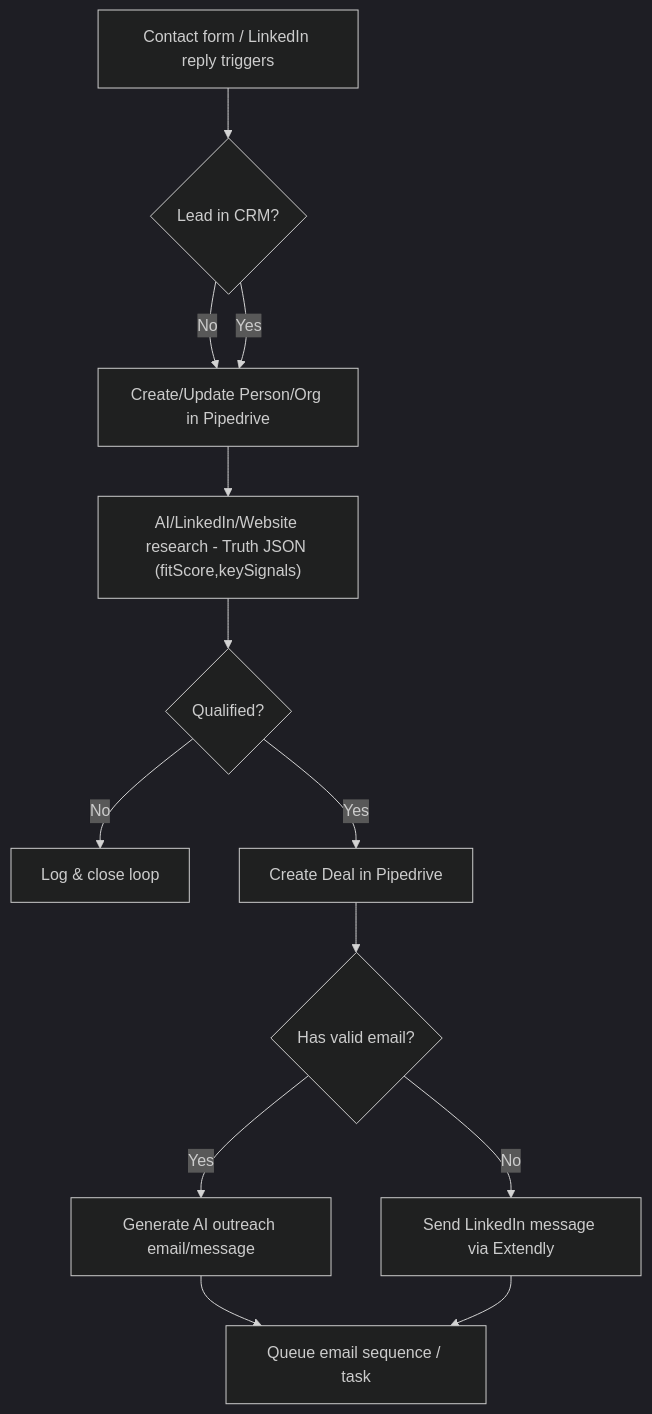
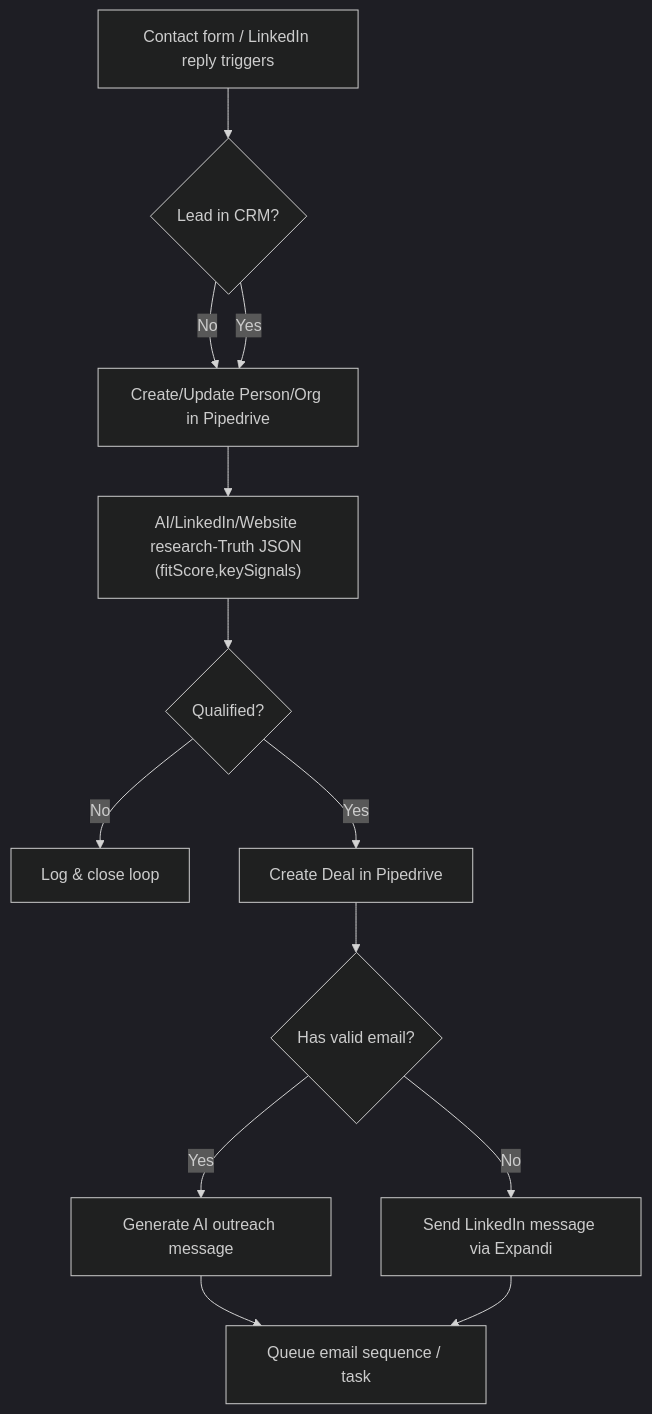
One commit to geekalyssa/make.com-projects changed the diagram in inbound-automation-engine/README.md. Above: the diagram before and after it, drawn with Mermaid (dark theme).

````diff
--- a/inbound-automation-engine/README.md
+++ b/inbound-automation-engine/README.md
@@ -16,15 +16,15 @@
 ```mermaid
 flowchart TD
   A[Contact form / LinkedIn reply triggers] --> B{Lead in CRM?}
   B -- No --> C[Create/Update Person/Org in Pipedrive]
   B -- Yes --> C
-  C --> D["AI/LinkedIn/Website research - Truth JSON (fitScore,keySignals)"]
+  C --> D["AI/LinkedIn/Website research-Truth JSON (fitScore,keySignals)"]
   D --> E{Qualified?}
   E -- No --> X[Log & close loop]
   E -- Yes --> F[Create Deal in Pipedrive]
   F --> G{Has valid email?}
-  G -- Yes --> H[Generate AI outreach email/message]
+  G -- Yes --> H[Generate AI outreach message]
   H --> I[Queue email sequence / task]
-  G -- No --> J[Send LinkedIn message via Extendly]
+  G -- No --> J[Send LinkedIn message via Expandi]
   J --> I
 ```
````
